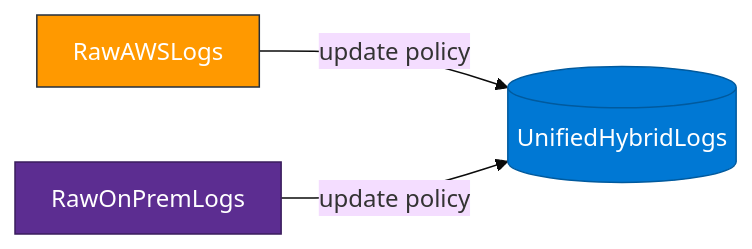
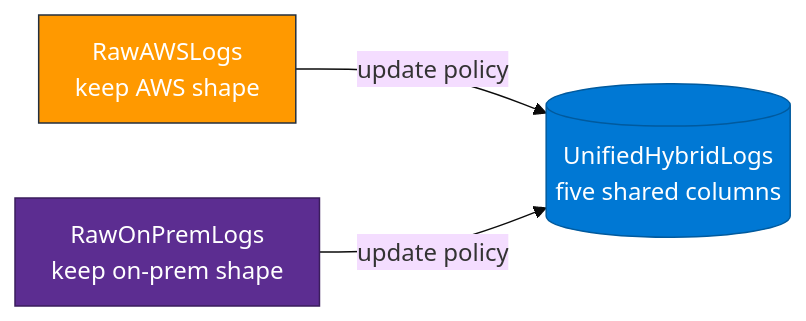
The second of 3 diagrams in Module_04_Hybrid_Architecture/04_Hybrid_Primer.md (atingupta2005/adx-aws-training-aug-26), drawn with Mermaid before and after one commit. The commit also changed other lines of this file and 5 other files, not shown here.

````diff
--- a/Module_04_Hybrid_Architecture/04_Hybrid_Primer.md
+++ b/Module_04_Hybrid_Architecture/04_Hybrid_Primer.md
@@ -28,12 +54,12 @@
 ```mermaid
 %%{init: {"theme":"base","flowchart":{"htmlLabels":true,"padding":12}}}%%
 flowchart LR
-  RAW_A["RawAWSLogs"]
-  RAW_O["RawOnPremLogs"]
-  UNI[("UnifiedHybridLogs")]
+  RAW_A["RawAWSLogs<br/>keep AWS shape"]
+  RAW_O["RawOnPremLogs<br/>keep on-prem shape"]
+  UNI[("UnifiedHybridLogs<br/>five shared columns")]
   RAW_A -->|"update policy"| UNI
   RAW_O -->|"update policy"| UNI
   style RAW_A fill:#FF9900,stroke:#232F3E,color:#fff
   style RAW_O fill:#5C2D91,stroke:#3A1D5C,color:#fff
   style UNI fill:#0078D4,stroke:#005A9E,color:#fff
 ```
````
